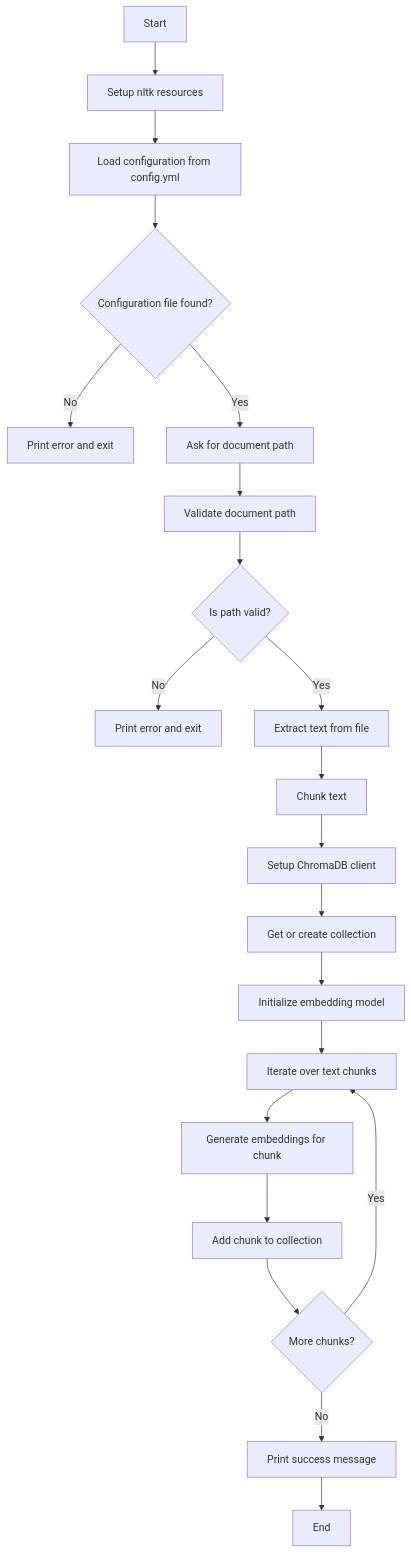
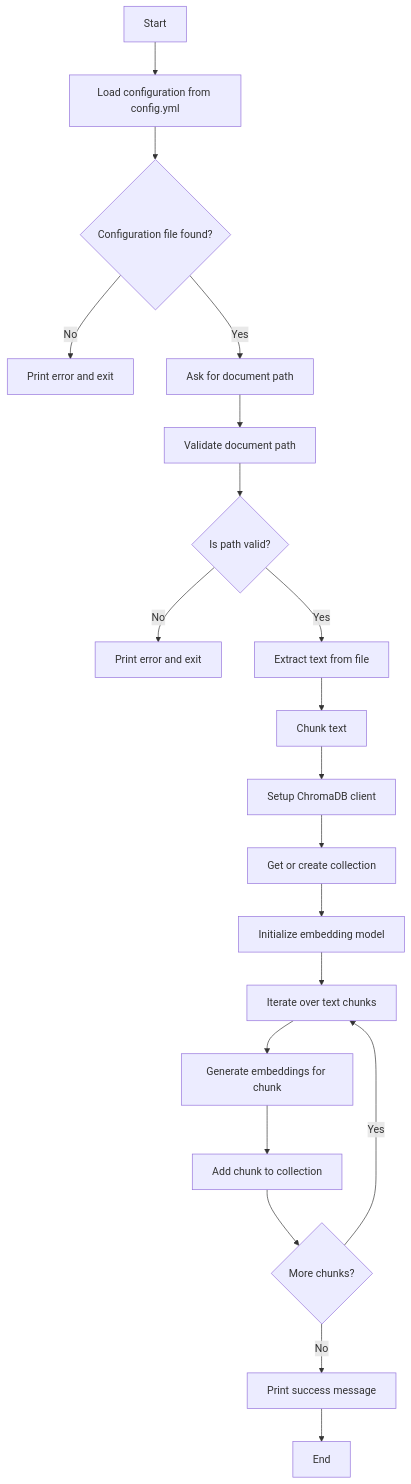
The diagram in docs/store.md (bahirul/DeepRetrieve), drawn with Mermaid before and after one commit. The commit also changed 7 other files, not shown here.

````diff
--- a/docs/store.md
+++ b/docs/store.md
@@ -5,23 +5,22 @@
 ```mermaid
 flowchart TD
-    A[Start] --> B[Setup nltk resources]
-    B --> C[Load configuration from config.yml]
-    C --> D{Configuration file found?}
-    D -->|No| E[Print error and exit]
-    D -->|Yes| F[Ask for document path]
-    F --> G[Validate document path]
-    G --> H{Is path valid?}
-    H -->|No| I[Print error and exit]
-    H -->|Yes| J[Extract text from file]
-    J --> K[Chunk text]
-    K --> L[Setup ChromaDB client]
-    L --> M[Get or create collection]
-    M --> N[Initialize embedding model]
-    N --> O[Iterate over text chunks]
-    O --> P[Generate embeddings for chunk]
-    P --> Q[Add chunk to collection]
-    Q --> R{More chunks?}
-    R -->|Yes| O
-    R -->|No| S[Print success message]
-    S --> T[End]
+    A[Start] --> B[Load configuration from config.yml]
+    B --> C{Configuration file found?}
+    C -->|No| D[Print error and exit]
+    C -->|Yes| E[Ask for document path]
+    E --> F[Validate document path]
+    F --> G{Is path valid?}
+    G -->|No| H[Print error and exit]
+    G -->|Yes| I[Extract text from file]
+    I --> J[Chunk text]
+    J --> K[Setup ChromaDB client]
+    K --> L[Get or create collection]
+    L --> M[Initialize embedding model]
+    M --> N[Iterate over text chunks]
+    N --> O[Generate embeddings for chunk]
+    O --> P[Add chunk to collection]
+    P --> Q{More chunks?}
+    Q -->|Yes| N
+    Q -->|No| R[Print success message]
+    R --> S[End]
 ```
````
